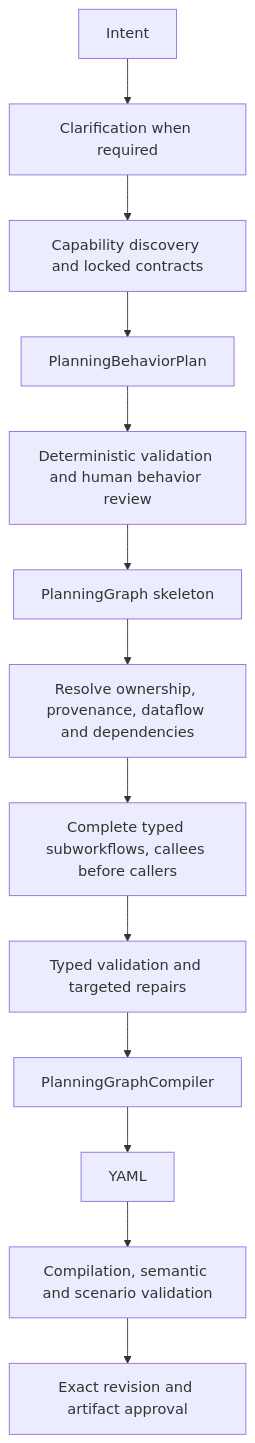
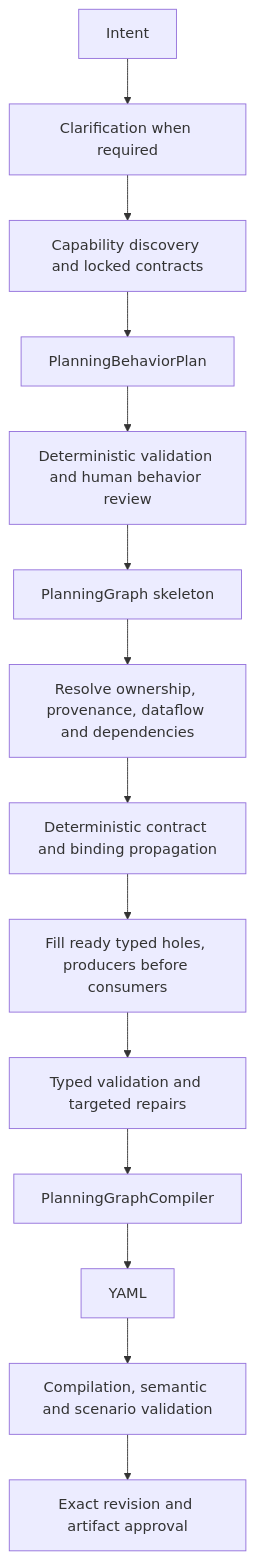
The diagram in docs/workflow-planning-v2.md (GnouGo/GnouGo), drawn with Mermaid before and after one commit. The commit also changed other lines of this file and 95 other files, not shown here.

Commit message:
Build deterministic planner skeletons and fill typed holes

````diff
--- a/docs/workflow-planning-v2.md
+++ b/docs/workflow-planning-v2.md
@@ -8,15 +8,16 @@
 ```mermaid
 flowchart TD
   I[Intent] --> Q[Clarification when required]
   Q --> C[Capability discovery and locked contracts]
   C --> B[PlanningBehaviorPlan]
   B --> R[Deterministic validation and human behavior review]
   R --> G[PlanningGraph skeleton]
   G --> D[Resolve ownership, provenance, dataflow and dependencies]
-  D --> W[Complete typed subworkflows, callees before callers]
+  D --> H[Deterministic contract and binding propagation]
+  H --> W[Fill ready typed holes, producers before consumers]
   W --> T[Typed validation and targeted repairs]
   T --> L[PlanningGraphCompiler]
   L --> Y[YAML]
   Y --> V[Compilation, semantic and scenario validation]
   V --> A[Exact revision and artifact approval]
 ```
````
